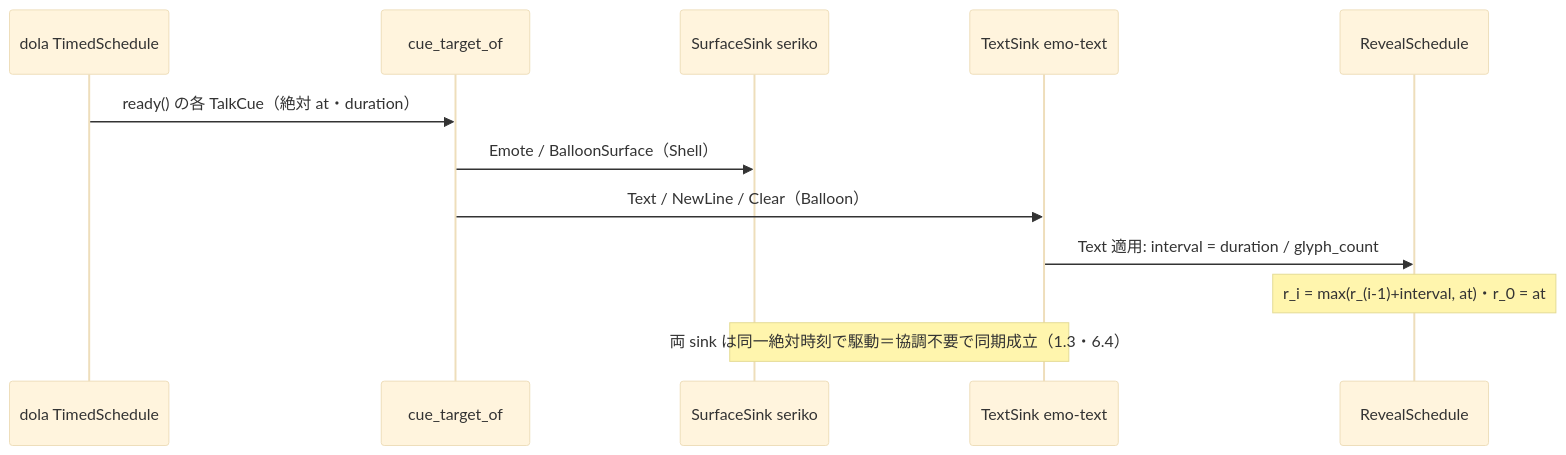
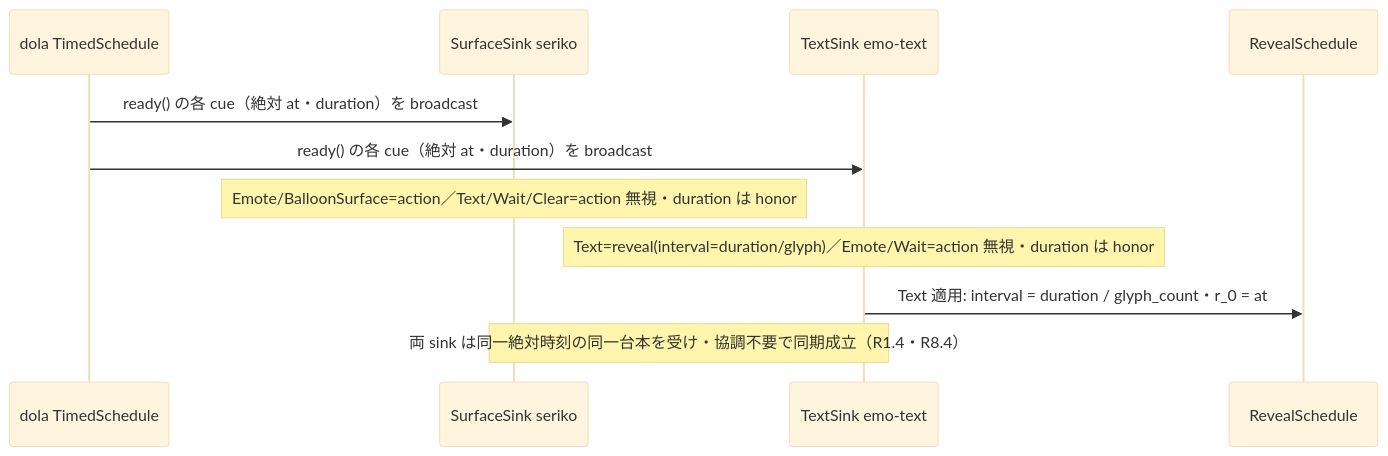
One commit to ekicyou/areka changed the third of 3 diagrams in .kiro/specs/areka-P0-cue-playback-duration/design.md. Above: the diagram before and after it, drawn with Mermaid (base theme). The commit also changed other lines of this file and 2 other files, not shown here.

First line of the commit message:
docs(areka-P0-cue-playback-duration): resolve design discussion #1 - cue再生モデル(envelope一律duration/第一級Wait cue/broadcast配送/honor契約)

````diff
--- a/.kiro/specs/areka-P0-cue-playback-duration/design.md
+++ b/.kiro/specs/areka-P0-cue-playback-duration/design.md
@@ -158,14 +182,13 @@
 ```mermaid
 sequenceDiagram
     participant Sch as dola TimedSchedule
-    participant Tgt as cue_target_of
     participant Surf as SurfaceSink seriko
     participant Text as TextSink emo-text
     participant Rev as RevealSchedule
-    Sch->>Tgt: ready() の各 TalkCue（絶対 at・duration）
-    Tgt->>Surf: Emote / BalloonSurface（Shell）
-    Tgt->>Text: Text / NewLine / Clear（Balloon）
-    Text->>Rev: Text 適用: interval = duration / glyph_count
-    Note over Rev: r_i = max(r_(i-1)+interval, at)・r_0 = at
-    Note over Surf,Text: 両 sink は同一絶対時刻で駆動＝協調不要で同期成立（1.3・6.4）
+    Sch->>Surf: ready() の各 cue（絶対 at・duration）を broadcast
+    Sch->>Text: ready() の各 cue（絶対 at・duration）を broadcast
+    Note over Surf: Emote/BalloonSurface=action／Text/Wait/Clear=action 無視・duration は honor
+    Note over Text: Text=reveal(interval=duration/glyph)／Emote/Wait=action 無視・duration は honor
+    Text->>Rev: Text 適用: interval = duration / glyph_count・r_0 = at
+    Note over Surf,Text: 両 sink は同一絶対時刻の同一台本を受け・協調不要で同期成立（R1.4・R8.4）
 ```
````
